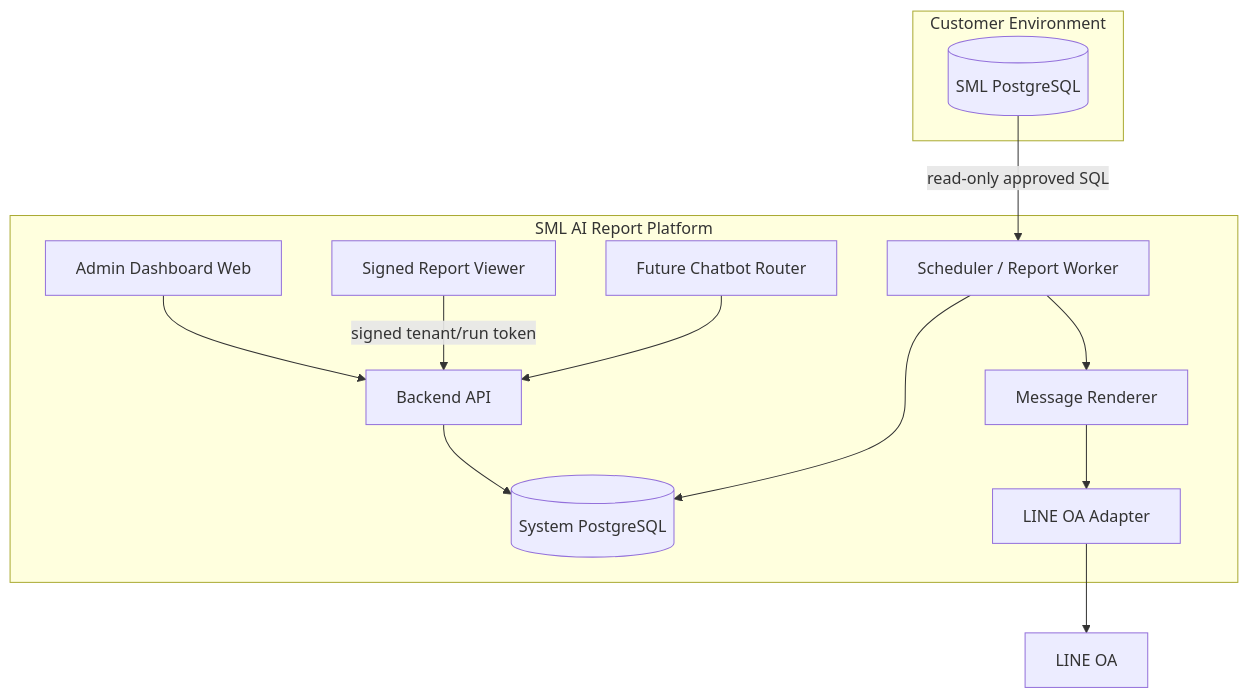
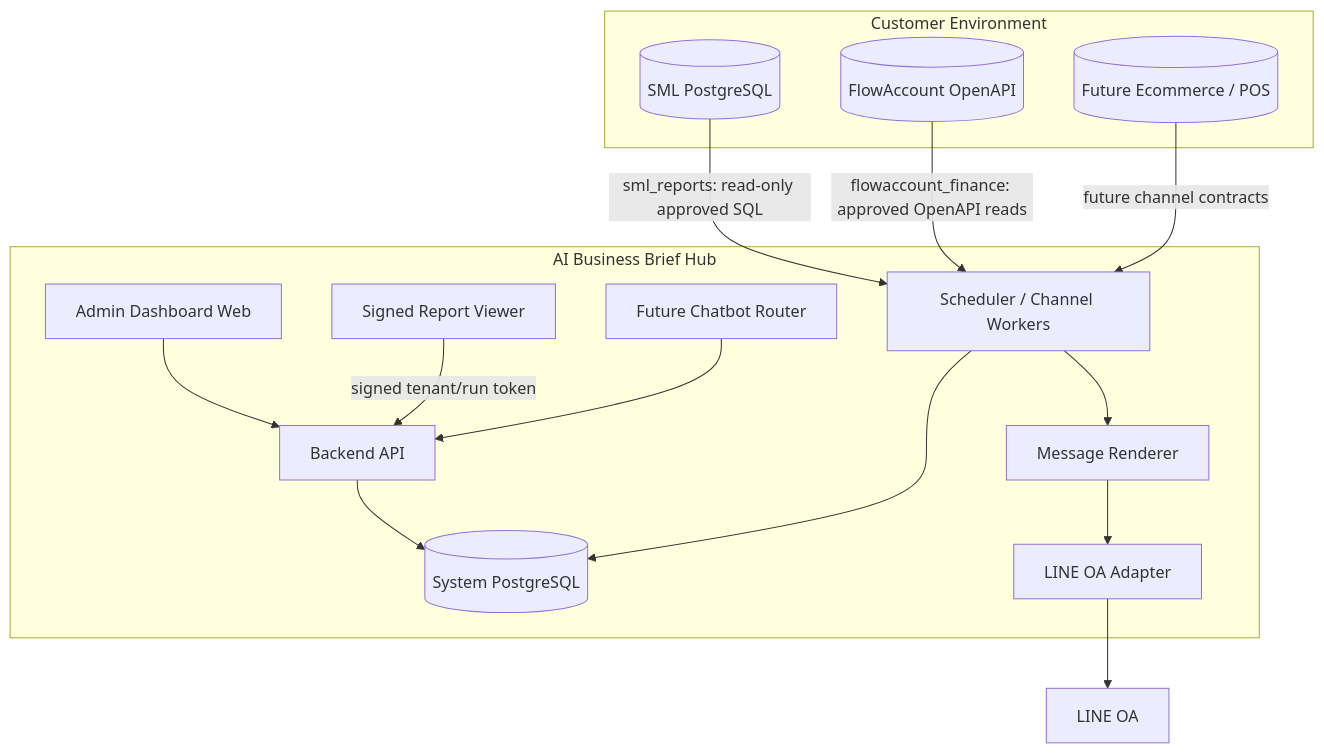
The diagram in docs/02_SYSTEM_ARCHITECTURE_TH.md (bosocmputer/ai-business-command-center), drawn with Mermaid before and after one commit. The commit also changed other lines of this file and 12 other files, not shown here.

Commit message:
Reframe docs as multi-channel brief hub

````diff
--- a/docs/02_SYSTEM_ARCHITECTURE_TH.md
+++ b/docs/02_SYSTEM_ARCHITECTURE_TH.md
@@ -9,27 +9,31 @@
 ```mermaid
 flowchart TD
     subgraph Customer["Customer Environment"]
         SML[(SML PostgreSQL)]
+        FlowAccount[(FlowAccount OpenAPI)]
+        FutureSource[(Future Ecommerce / POS)]
     end
 
-    subgraph Platform["SML AI Report Platform"]
+    subgraph Platform["AI Business Brief Hub"]
         Web[Admin Dashboard Web]
         Brief[Signed Report Viewer]
         API[Backend API]
-        Worker[Scheduler / Report Worker]
+        Worker[Scheduler / Channel Workers]
         SysDB[(System PostgreSQL)]
         Renderer[Message Renderer]
         LineAdapter[LINE OA Adapter]
         Chat[Future Chatbot Router]
     end
 
-    SML -->|read-only approved SQL| Worker
+    SML -->|sml_reports: read-only approved SQL| Worker
+    FlowAccount -->|flowaccount_finance: approved OpenAPI reads| Worker
+    FutureSource -->|future channel contracts| Worker
     Web --> API
     Brief -->|signed tenant/run token| API
     API --> SysDB
     Worker --> SysDB
     Worker --> Renderer
     Renderer --> LineAdapter
     LineAdapter --> LINE[LINE OA]
     Chat --> API
 ```
````
